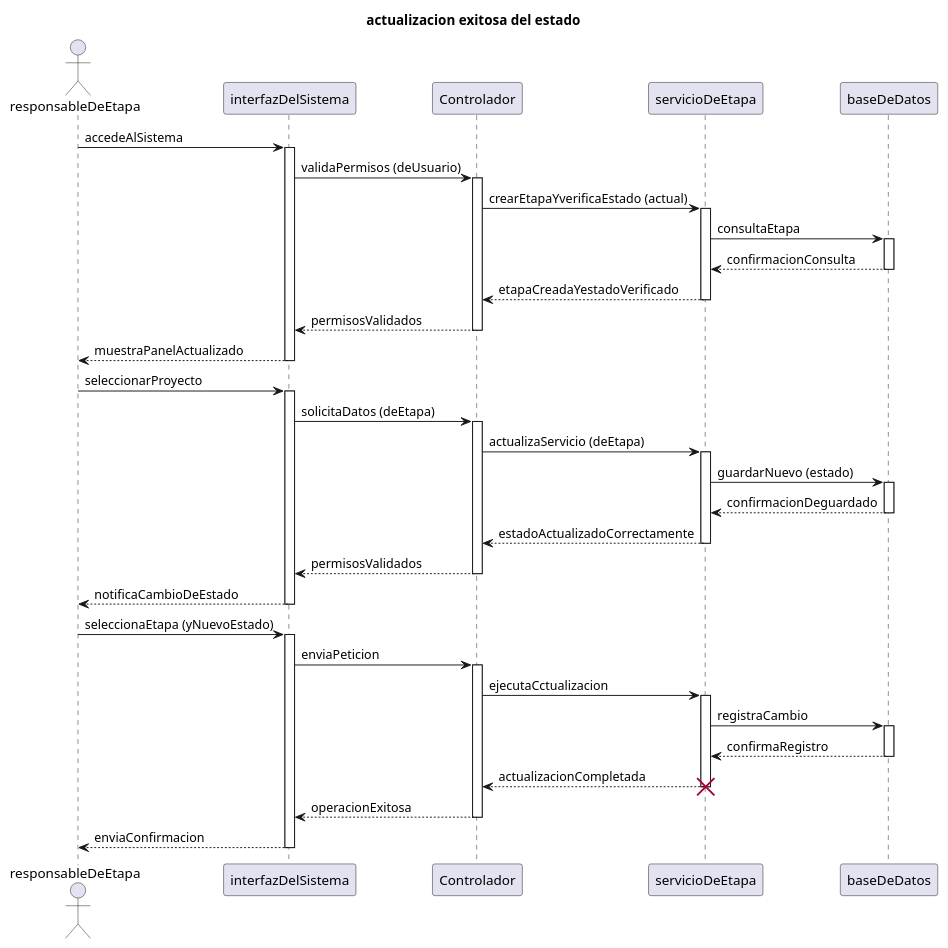
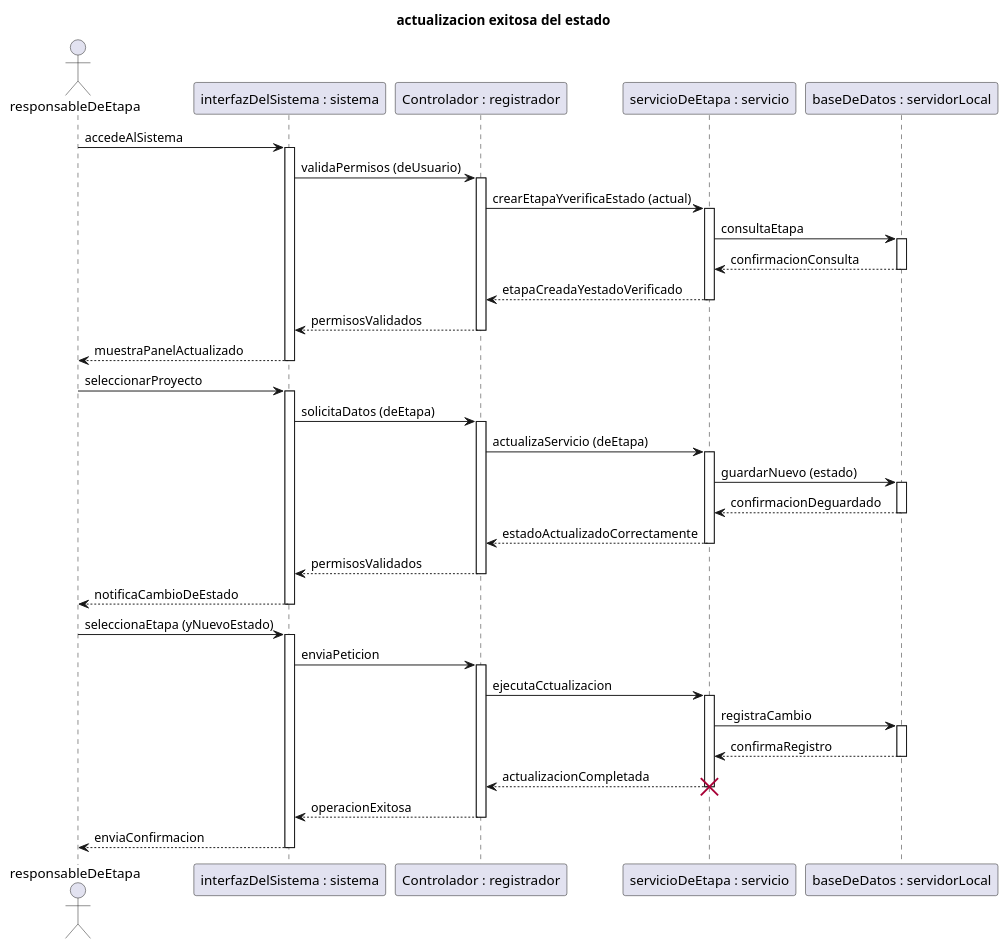
Before and after one commit to 9919-Mili/SistemaProductoraVideos: the diagram in diagramas/05-diagramas-secuencia/05-secuencia-actualizar-estado-de-la-etapa-actualizacion-exitosa-del-estado-de-la-etapa-02.puml, drawn with PlantUML. The commit also changed 7 other files, not shown here.

```diff
--- a/diagramas/05-diagramas-secuencia/05-secuencia-actualizar-estado-de-la-etapa-actualizacion-exitosa-del-estado-de-la-etapa-02.puml
+++ b/diagramas/05-diagramas-secuencia/05-secuencia-actualizar-estado-de-la-etapa-actualizacion-exitosa-del-estado-de-la-etapa-02.puml
@@ -1,63 +1,63 @@
 @startuml 
 title actualizacion exitosa del estado
 
 actor responsableDeEtapa
-participant interfazDelSistema as interfazDelSistema
-participant Controlador as Controlador
-participant servicioDeEtapa
-participant baseDeDatos as baseDeDatos
+participant "interfazDelSistema : sistema" as interfazDelSistema
+participant "Controlador : registrador" as Controlador
+participant "servicioDeEtapa : servicio" as servicioDeEtapa
+participant "baseDeDatos : servidorLocal" as baseDeDatos
 
 
 responsableDeEtapa -> interfazDelSistema: accedeAlSistema
 activate interfazDelSistema 
 interfazDelSistema -> Controlador: validaPermisos (deUsuario)
 activate Controlador
 Controlador -> servicioDeEtapa: crearEtapaYverificaEstado (actual)
 activate servicioDeEtapa
 servicioDeEtapa -> baseDeDatos: consultaEtapa 
 activate baseDeDatos
 baseDeDatos --> servicioDeEtapa: confirmacionConsulta
 deactivate baseDeDatos
 servicioDeEtapa --> Controlador: etapaCreadaYestadoVerificado
 deactivate servicioDeEtapa
 Controlador --> interfazDelSistema: permisosValidados
 deactivate Controlador
 interfazDelSistema --> responsableDeEtapa: muestraPanelActualizado
 deactivate interfazDelSistema
 
 responsableDeEtapa -> interfazDelSistema: seleccionarProyecto 
 activate interfazDelSistema
 interfazDelSistema -> Controlador: solicitaDatos (deEtapa)
 activate Controlador
 Controlador -> servicioDeEtapa: actualizaServicio (deEtapa) 
 activate servicioDeEtapa
 servicioDeEtapa -> baseDeDatos: guardarNuevo (estado) 
 activate baseDeDatos
 baseDeDatos --> servicioDeEtapa: confirmacionDeguardado
 deactivate baseDeDatos
 servicioDeEtapa --> Controlador: estadoActualizadoCorrectamente
 deactivate servicioDeEtapa
 Controlador --> interfazDelSistema: permisosValidados 
 deactivate Controlador
 interfazDelSistema --> responsableDeEtapa: notificaCambioDeEstado
 deactivate interfazDelSistema
 
 responsableDeEtapa -> interfazDelSistema: seleccionaEtapa (yNuevoEstado) 
 activate interfazDelSistema
 interfazDelSistema -> Controlador: enviaPeticion 
 activate Controlador
 Controlador -> servicioDeEtapa: ejecutaCctualizacion 
 activate servicioDeEtapa
 servicioDeEtapa -> baseDeDatos: registraCambio
 activate baseDeDatos
 baseDeDatos --> servicioDeEtapa: confirmaRegistro
 deactivate baseDeDatos
 servicioDeEtapa --> Controlador: actualizacionCompletada
 deactivate servicioDeEtapa 
 destroy servicioDeEtapa
 Controlador --> interfazDelSistema: operacionExitosa
 deactivate Controlador
 interfazDelSistema --> responsableDeEtapa: enviaConfirmacion 
 deactivate interfazDelSistema
 
 @endum
```
